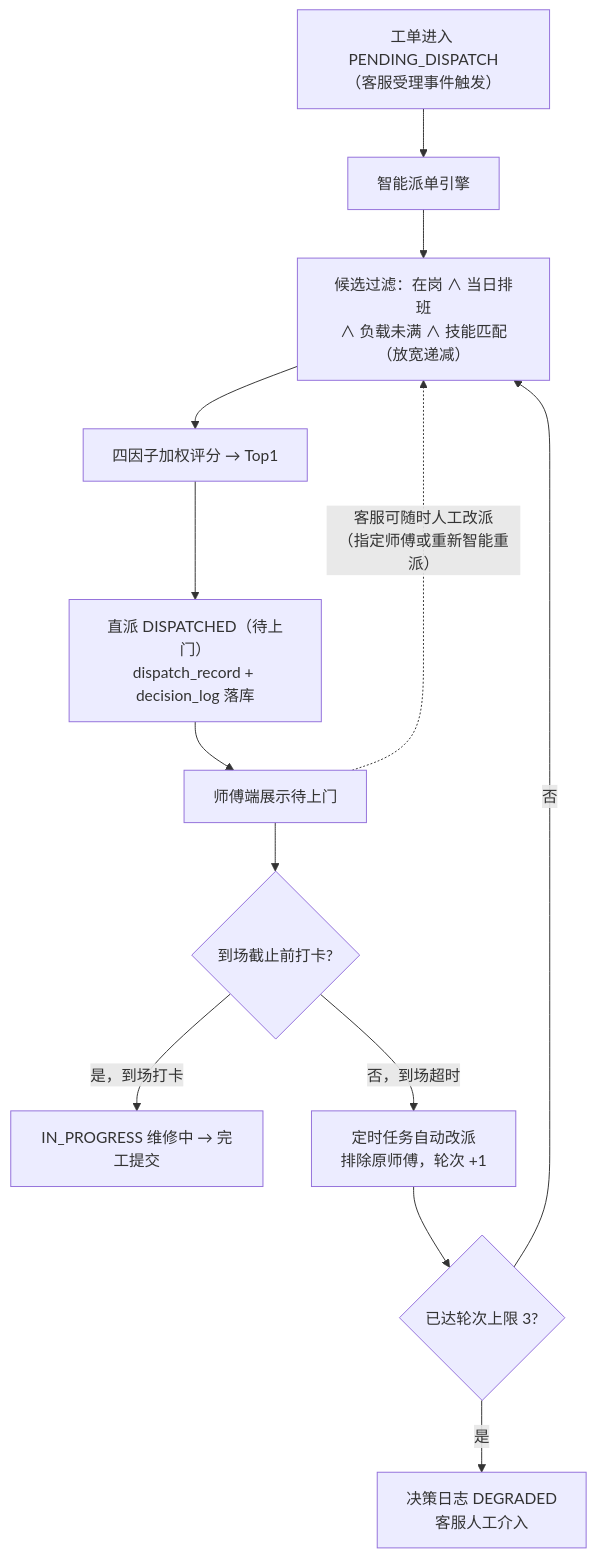
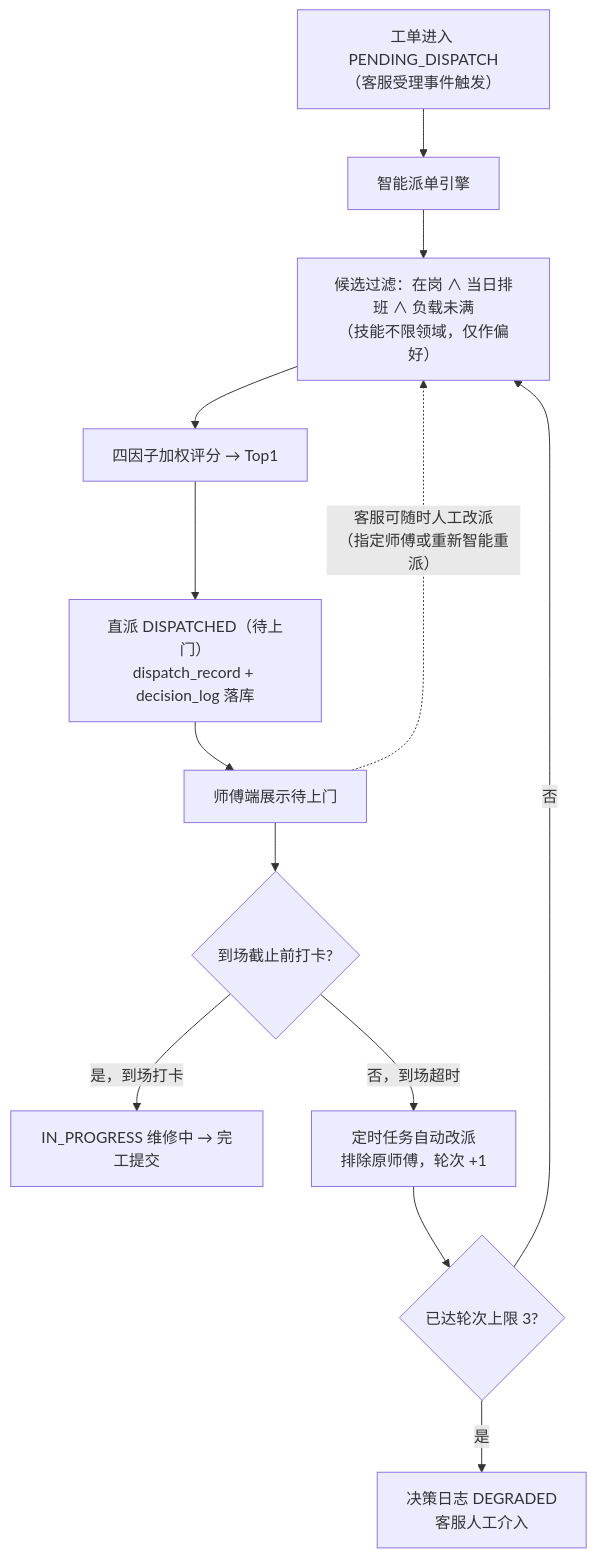
One commit to Zayu2005/WarrantyPro changed the fifth of 7 diagrams in docs/03-业务流程分析.md. Above: the diagram before and after it, drawn with Mermaid. The commit also changed other lines of this file and 2 other files, not shown here.

Commit message:
feat(dispatch,web): 派单不限技能领域 + 排班改为日历模式
- DispatchService：技能不再作为候选过滤条件（任何在班师傅均可接单），
  仅作评分偏好（精确 1.0 / 相关 0.6 / 其他 0.3）；docs/03 口径同步
- ScheduleView 重构为月历模式：42 格月历展示每日值班人 chips，
  月份切换 / 回到本月 / 选中日期右侧编辑值班开关（勾选即存）
- 实测：'其他'类别工单（无师傅精确匹配）正常直派（skill 0.3，0.59 分）；
  日历页浏览器截图验证

````diff
--- a/docs/03-业务流程分析.md
+++ b/docs/03-业务流程分析.md
@@ -192,15 +192,15 @@
 ```mermaid
 flowchart TD
     A["工单进入 PENDING_DISPATCH<br/>（客服受理事件触发）"] --> B["智能派单引擎"]
-    B --> C["候选过滤：在岗 ∧ 当日排班<br/>∧ 负载未满 ∧ 技能匹配（放宽递减）"]
+    B --> C["候选过滤：在岗 ∧ 当日排班 ∧ 负载未满<br/>（技能不限领域，仅作偏好）"]
     C --> D["四因子加权评分 → Top1"]
     D --> E["直派 DISPATCHED（待上门）<br/>dispatch_record + decision_log 落库"]
     E --> F["师傅端展示待上门"]
     F --> G{"到场截止前打卡?"}
     G -- "是，到场打卡" --> H["IN_PROGRESS 维修中 → 完工提交"]
     G -- "否，到场超时" --> I["定时任务自动改派<br/>排除原师傅，轮次 +1"]
     I --> J{"已达轮次上限 3?"}
     J -- "否" --> C
     J -- "是" --> K["决策日志 DEGRADED<br/>客服人工介入"]
     F -. "客服可随时人工改派<br/>（指定师傅或重新智能重派）" .-> C
 ```
````
